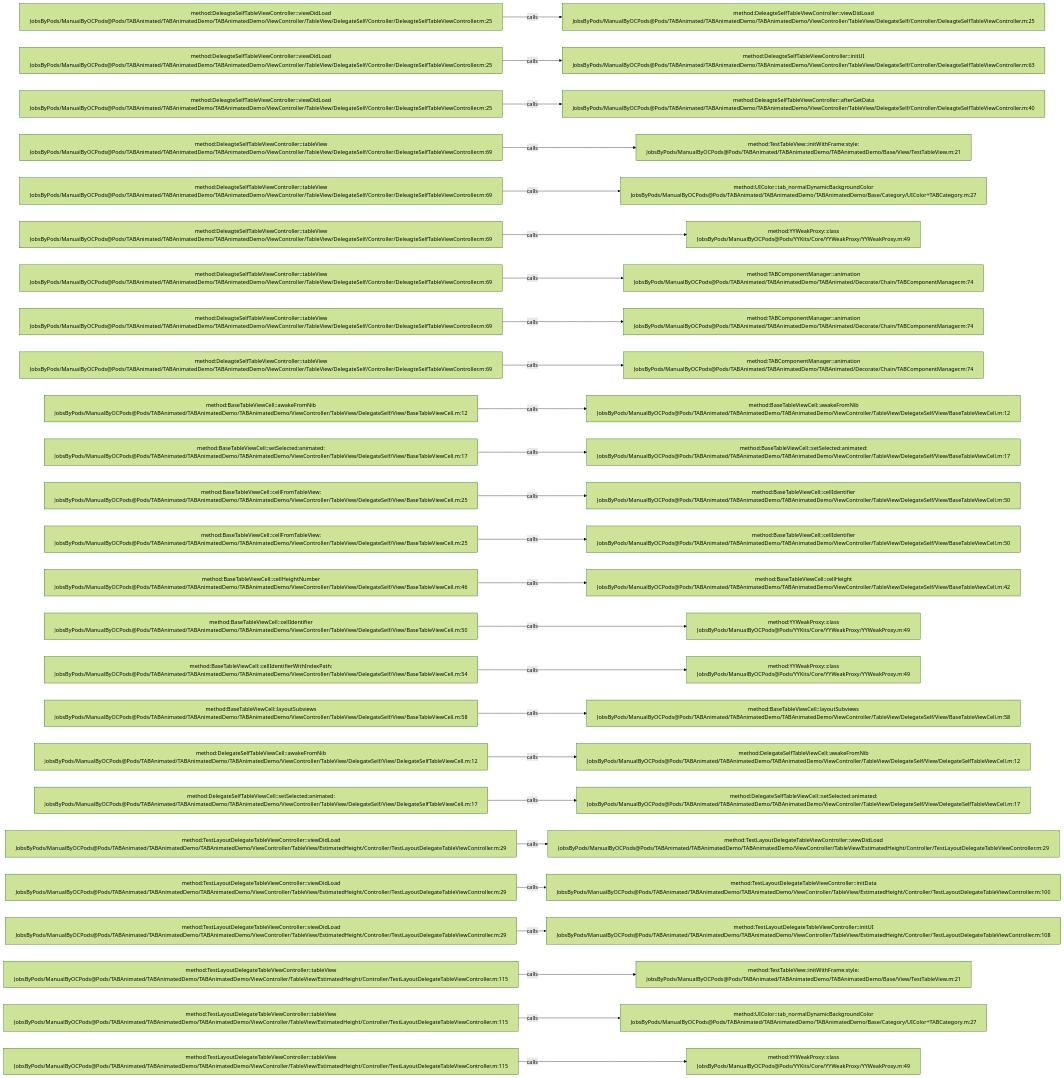
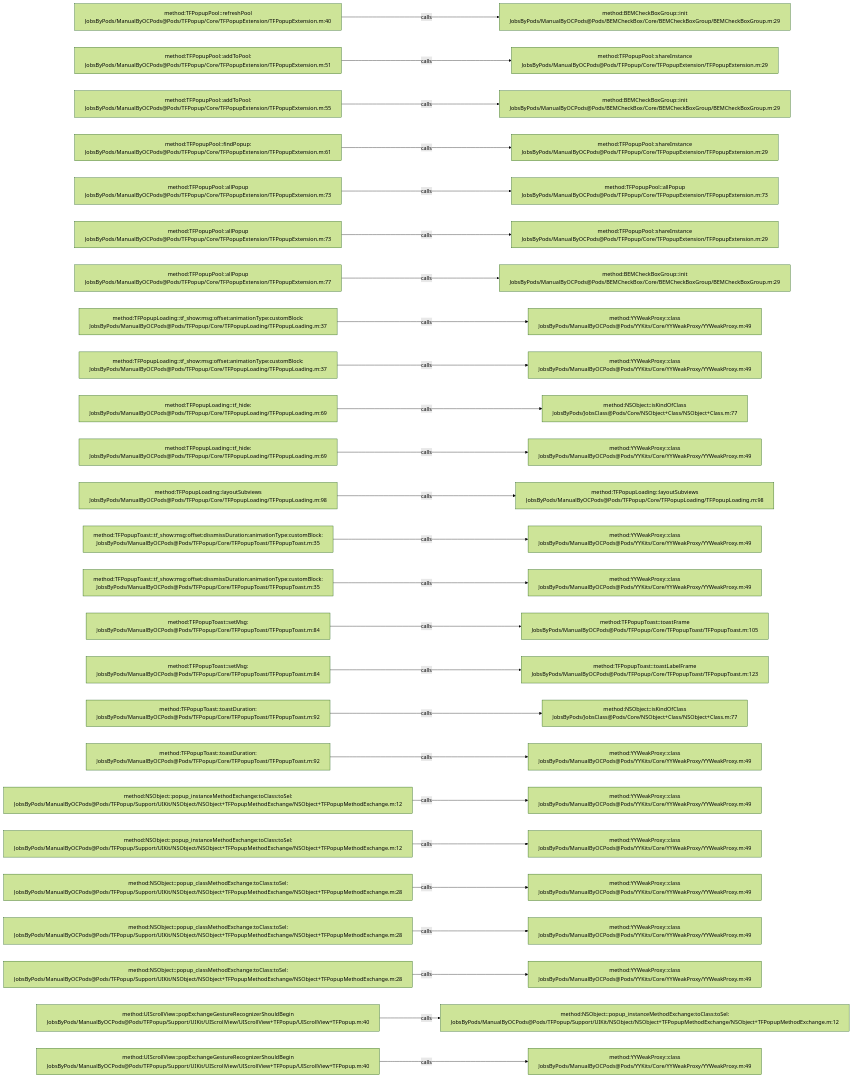
One commit to JobsKits/JobsOCBaseConfigDemo changed the diagram in .codegraph/codegraph.md/graphs/calls-061.md. Above: the diagram before and after it, drawn with Mermaid (forest theme). The commit also changed 1448 other files, not shown here.

````diff
--- a/.codegraph/codegraph.md/graphs/calls-061.md
+++ b/.codegraph/codegraph.md/graphs/calls-061.md
@@ -13,78 +13,78 @@
 ```mermaid
 flowchart LR
-  S1["method:DeleagteSelfTableViewController::viewDidLoad<br/>JobsByPods/ManualByOCPods@Pods/TABAnimated/TABAnimatedDemo/TABAnimatedDemo/ViewController/TableView/DelegateSelf/Controller/DeleagteSelfTableViewController.m:25"]
-  T1["method:DeleagteSelfTableViewController::viewDidLoad<br/>JobsByPods/ManualByOCPods@Pods/TABAnimated/TABAnimatedDemo/TABAnimatedDemo/ViewController/TableView/DelegateSelf/Controller/DeleagteSelfTableViewController.m:25"]
+  S1["method:TFPopupPool::refreshPool<br/>JobsByPods/ManualByOCPods@Pods/TFPopup/Core/TFPopupExtension/TFPopupExtension.m:40"]
+  T1["method:BEMCheckBoxGroup::init<br/>JobsByPods/ManualByOCPods@Pods/BEMCheckBox/Core/BEMCheckBoxGroup/BEMCheckBoxGroup.m:29"]
   S1 -->|calls| T1
-  S2["method:DeleagteSelfTableViewController::viewDidLoad<br/>JobsByPods/ManualByOCPods@Pods/TABAnimated/TABAnimatedDemo/TABAnimatedDemo/ViewController/TableView/DelegateSelf/Controller/DeleagteSelfTableViewController.m:25"]
-  T2["method:DeleagteSelfTableViewController::initUI<br/>JobsByPods/ManualByOCPods@Pods/TABAnimated/TABAnimatedDemo/TABAnimatedDemo/ViewController/TableView/DelegateSelf/Controller/DeleagteSelfTableViewController.m:63"]
+  S2["method:TFPopupPool::addToPool:<br/>JobsByPods/ManualByOCPods@Pods/TFPopup/Core/TFPopupExtension/TFPopupExtension.m:51"]
+  T2["method:TFPopupPool::shareInstance<br/>JobsByPods/ManualByOCPods@Pods/TFPopup/Core/TFPopupExtension/TFPopupExtension.m:29"]
   S2 -->|calls| T2
-  S3["method:DeleagteSelfTableViewController::viewDidLoad<br/>JobsByPods/ManualByOCPods@Pods/TABAnimated/TABAnimatedDemo/TABAnimatedDemo/ViewController/TableView/DelegateSelf/Controller/DeleagteSelfTableViewController.m:25"]
-  T3["method:DeleagteSelfTableViewController::afterGetData<br/>JobsByPods/ManualByOCPods@Pods/TABAnimated/TABAnimatedDemo/TABAnimatedDemo/ViewController/TableView/DelegateSelf/Controller/DeleagteSelfTableViewController.m:40"]
+  S3["method:TFPopupPool::addToPool:<br/>JobsByPods/ManualByOCPods@Pods/TFPopup/Core/TFPopupExtension/TFPopupExtension.m:55"]
+  T3["method:BEMCheckBoxGroup::init<br/>JobsByPods/ManualByOCPods@Pods/BEMCheckBox/Core/BEMCheckBoxGroup/BEMCheckBoxGroup.m:29"]
   S3 -->|calls| T3
-  S4["method:DeleagteSelfTableViewController::tableView<br/>JobsByPods/ManualByOCPods@Pods/TABAnimated/TABAnimatedDemo/TABAnimatedDemo/ViewController/TableView/DelegateSelf/Controller/DeleagteSelfTableViewController.m:69"]
-  T4["method:TestTableView::initWithFrame:style:<br/>JobsByPods/ManualByOCPods@Pods/TABAnimated/TABAnimatedDemo/TABAnimatedDemo/Base/View/TestTableView.m:21"]
+  S4["method:TFPopupPool::findPopup:<br/>JobsByPods/ManualByOCPods@Pods/TFPopup/Core/TFPopupExtension/TFPopupExtension.m:61"]
+  T4["method:TFPopupPool::shareInstance<br/>JobsByPods/ManualByOCPods@Pods/TFPopup/Core/TFPopupExtension/TFPopupExtension.m:29"]
   S4 -->|calls| T4
-  S5["method:DeleagteSelfTableViewController::tableView<br/>JobsByPods/ManualByOCPods@Pods/TABAnimated/TABAnimatedDemo/TABAnimatedDemo/ViewController/TableView/DelegateSelf/Controller/DeleagteSelfTableViewController.m:69"]
-  T5["method:UIColor::tab_normalDynamicBackgroundColor<br/>JobsByPods/ManualByOCPods@Pods/TABAnimated/TABAnimatedDemo/TABAnimatedDemo/Base/Category/UIColor+TABCategory.m:27"]
+  S5["method:TFPopupPool::allPopup<br/>JobsByPods/ManualByOCPods@Pods/TFPopup/Core/TFPopupExtension/TFPopupExtension.m:73"]
+  T5["method:TFPopupPool::allPopup<br/>JobsByPods/ManualByOCPods@Pods/TFPopup/Core/TFPopupExtension/TFPopupExtension.m:73"]
   S5 -->|calls| T5
-  S6["method:DeleagteSelfTableViewController::tableView<br/>JobsByPods/ManualByOCPods@Pods/TABAnimated/TABAnimatedDemo/TABAnimatedDemo/ViewController/TableView/DelegateSelf/Controller/DeleagteSelfTableViewController.m:69"]
-  T6["method:YYWeakProxy::class<br/>JobsByPods/ManualByOCPods@Pods/YYKits/Core/YYWeakProxy/YYWeakProxy.m:49"]
+  S6["method:TFPopupPool::allPopup<br/>JobsByPods/ManualByOCPods@Pods/TFPopup/Core/TFPopupExtension/TFPopupExtension.m:73"]
+  T6["method:TFPopupPool::shareInstance<br/>JobsByPods/ManualByOCPods@Pods/TFPopup/Core/TFPopupExtension/TFPopupExtension.m:29"]
   S6 -->|calls| T6
-  S7["method:DeleagteSelfTableViewController::tableView<br/>JobsByPods/ManualByOCPods@Pods/TABAnimated/TABAnimatedDemo/TABAnimatedDemo/ViewController/TableView/DelegateSelf/Controller/DeleagteSelfTableViewController.m:69"]
-  T7["method:TABComponentManager::animation<br/>JobsByPods/ManualByOCPods@Pods/TABAnimated/TABAnimatedDemo/TABAnimated/Decorate/Chain/TABComponentManager.m:74"]
+  S7["method:TFPopupPool::allPopup<br/>JobsByPods/ManualByOCPods@Pods/TFPopup/Core/TFPopupExtension/TFPopupExtension.m:77"]
+  T7["method:BEMCheckBoxGroup::init<br/>JobsByPods/ManualByOCPods@Pods/BEMCheckBox/Core/BEMCheckBoxGroup/BEMCheckBoxGroup.m:29"]
   S7 -->|calls| T7
-  S8["method:DeleagteSelfTableViewController::tableView<br/>JobsByPods/ManualByOCPods@Pods/TABAnimated/TABAnimatedDemo/TABAnimatedDemo/ViewController/TableView/DelegateSelf/Controller/DeleagteSelfTableViewController.m:69"]
-  T8["method:TABComponentManager::animation<br/>JobsByPods/ManualByOCPods@Pods/TABAnimated/TABAnimatedDemo/TABAnimated/Decorate/Chain/TABComponentManager.m:74"]
+  S8["method:TFPopupLoading::tf_show:msg:offset:animationType:customBlock:<br/>JobsByPods/ManualByOCPods@Pods/TFPopup/Core/TFPopupLoading/TFPopupLoading.m:37"]
+  T8["method:YYWeakProxy::class<br/>JobsByPods/ManualByOCPods@Pods/YYKits/Core/YYWeakProxy/YYWeakProxy.m:49"]
   S8 -->|calls| T8
-  S9["method:DeleagteSelfTableViewController::tableView<br/>JobsByPods/ManualByOCPods@Pods/TABAnimated/TABAnimatedDemo/TABAnimatedDemo/ViewController/TableView/DelegateSelf/Controller/DeleagteSelfTableViewController.m:69"]
-  T9["method:TABComponentManager::animation<br/>JobsByPods/ManualByOCPods@Pods/TABAnimated/TABAnimatedDemo/TABAnimated/Decorate/Chain/TABComponentManager.m:74"]
+  S9["method:TFPopupLoading::tf_show:msg:offset:animationType:customBlock:<br/>JobsByPods/ManualByOCPods@Pods/TFPopup/Core/TFPopupLoading/TFPopupLoading.m:37"]
+  T9["method:YYWeakProxy::class<br/>JobsByPods/ManualByOCPods@Pods/YYKits/Core/YYWeakProxy/YYWeakProxy.m:49"]
   S9 -->|calls| T9
-  S10["method:BaseTableViewCell::awakeFromNib<br/>JobsByPods/ManualByOCPods@Pods/TABAnimated/TABAnimatedDemo/TABAnimatedDemo/ViewController/TableView/DelegateSelf/View/BaseTableViewCell.m:12"]
-  T10["method:BaseTableViewCell::awakeFromNib<br/>JobsByPods/ManualByOCPods@Pods/TABAnimated/TABAnimatedDemo/TABAnimatedDemo/ViewController/TableView/DelegateSelf/View/BaseTableViewCell.m:12"]
+  S10["method:TFPopupLoading::tf_hide:<br/>JobsByPods/ManualByOCPods@Pods/TFPopup/Core/TFPopupLoading/TFPopupLoading.m:69"]
+  T10["method:NSObject::isKindOfClass<br/>JobsByPods/JobsClass@Pods/Core/NSObject+Class/NSObject+Class.m:77"]
   S10 -->|calls| T10
-  S11["method:BaseTableViewCell::setSelected:animated:<br/>JobsByPods/ManualByOCPods@Pods/TABAnimated/TABAnimatedDemo/TABAnimatedDemo/ViewController/TableView/DelegateSelf/View/BaseTableViewCell.m:17"]
-  T11["method:BaseTableViewCell::setSelected:animated:<br/>JobsByPods/ManualByOCPods@Pods/TABAnimated/TABAnimatedDemo/TABAnimatedDemo/ViewController/TableView/DelegateSelf/View/BaseTableViewCell.m:17"]
+  S11["method:TFPopupLoading::tf_hide:<br/>JobsByPods/ManualByOCPods@Pods/TFPopup/Core/TFPopupLoading/TFPopupLoading.m:69"]
+  T11["method:YYWeakProxy::class<br/>JobsByPods/ManualByOCPods@Pods/YYKits/Core/YYWeakProxy/YYWeakProxy.m:49"]
   S11 -->|calls| T11
-  S12["method:BaseTableViewCell::cellFromTableView:<br/>JobsByPods/ManualByOCPods@Pods/TABAnimated/TABAnimatedDemo/TABAnimatedDemo/ViewController/TableView/DelegateSelf/View/BaseTableViewCell.m:25"]
-  T12["method:BaseTableViewCell::cellIdentifier<br/>JobsByPods/ManualByOCPods@Pods/TABAnimated/TABAnimatedDemo/TABAnimatedDemo/ViewController/TableView/DelegateSelf/View/BaseTableViewCell.m:50"]
+  S12["method:TFPopupLoading::layoutSubviews<br/>JobsByPods/ManualByOCPods@Pods/TFPopup/Core/TFPopupLoading/TFPopupLoading.m:98"]
+  T12["method:TFPopupLoading::layoutSubviews<br/>JobsByPods/ManualByOCPods@Pods/TFPopup/Core/TFPopupLoading/TFPopupLoading.m:98"]
   S12 -->|calls| T12
-  S13["method:BaseTableViewCell::cellFromTableView:<br/>JobsByPods/ManualByOCPods@Pods/TABAnimated/TABAnimatedDemo/TABAnimatedDemo/ViewController/TableView/DelegateSelf/View/BaseTableViewCell.m:25"]
-  T13["method:BaseTableViewCell::cellIdentifier<br/>JobsByPods/ManualByOCPods@Pods/TABAnimated/TABAnimatedDemo/TABAnimatedDemo/ViewController/TableView/DelegateSelf/View/BaseTableViewCell.m:50"]
+  S13["method:TFPopupToast::tf_show:msg:offset:dissmissDuration:animationType:customBlock:<br/>JobsByPods/ManualByOCPods@Pods/TFPopup/Core/TFPopupToast/TFPopupToast.m:35"]
+  T13["method:YYWeakProxy::class<br/>JobsByPods/ManualByOCPods@Pods/YYKits/Core/YYWeakProxy/YYWeakProxy.m:49"]
   S13 -->|calls| T13
-  S14["method:BaseTableViewCell::cellHeightNumber<br/>JobsByPods/ManualByOCPods@Pods/TABAnimated/TABAnimatedDemo/TABAnimatedDemo/ViewController/TableView/DelegateSelf/View/BaseTableViewCell.m:46"]
-  T14["method:BaseTableViewCell::cellHeight<br/>JobsByPods/ManualByOCPods@Pods/TABAnimated/TABAnimatedDemo/TABAnimatedDemo/ViewController/TableView/DelegateSelf/View/BaseTableViewCell.m:42"]
+  S14["method:TFPopupToast::tf_show:msg:offset:dissmissDuration:animationType:customBlock:<br/>JobsByPods/ManualByOCPods@Pods/TFPopup/Core/TFPopupToast/TFPopupToast.m:35"]
+  T14["method:YYWeakProxy::class<br/>JobsByPods/ManualByOCPods@Pods/YYKits/Core/YYWeakProxy/YYWeakProxy.m:49"]
   S14 -->|calls| T14
-  S15["method:BaseTableViewCell::cellIdentifier<br/>JobsByPods/ManualByOCPods@Pods/TABAnimated/TABAnimatedDemo/TABAnimatedDemo/ViewController/TableView/DelegateSelf/View/BaseTableViewCell.m:50"]
-  T15["method:YYWeakProxy::class<br/>JobsByPods/ManualByOCPods@Pods/YYKits/Core/YYWeakProxy/YYWeakProxy.m:49"]
+  S15["method:TFPopupToast::setMsg:<br/>JobsByPods/ManualByOCPods@Pods/TFPopup/Core/TFPopupToast/TFPopupToast.m:84"]
+  T15["method:TFPopupToast::toastFrame<br/>JobsByPods/ManualByOCPods@Pods/TFPopup/Core/TFPopupToast/TFPopupToast.m:105"]
   S15 -->|calls| T15
-  S16["method:BaseTableViewCell::cellIdentifierWithIndexPath:<br/>JobsByPods/ManualByOCPods@Pods/TABAnimated/TABAnimatedDemo/TABAnimatedDemo/ViewController/TableView/DelegateSelf/View/BaseTableViewCell.m:54"]
-  T16["method:YYWeakProxy::class<br/>JobsByPods/ManualByOCPods@Pods/YYKits/Core/YYWeakProxy/YYWeakProxy.m:49"]
+  S16["method:TFPopupToast::setMsg:<br/>JobsByPods/ManualByOCPods@Pods/TFPopup/Core/TFPopupToast/TFPopupToast.m:84"]
+  T16["method:TFPopupToast::toastLabelFrame<br/>JobsByPods/ManualByOCPods@Pods/TFPopup/Core/TFPopupToast/TFPopupToast.m:123"]
   S16 -->|calls| T16
-  S17["method:BaseTableViewCell::layoutSubviews<br/>JobsByPods/ManualByOCPods@Pods/TABAnimated/TABAnimatedDemo/TABAnimatedDemo/ViewController/TableView/DelegateSelf/View/BaseTableViewCell.m:58"]
-  T17["method:BaseTableViewCell::layoutSubviews<br/>JobsByPods/ManualByOCPods@Pods/TABAnimated/TABAnimatedDemo/TABAnimatedDemo/ViewController/TableView/DelegateSelf/View/BaseTableViewCell.m:58"]
+  S17["method:TFPopupToast::toastDuration:<br/>JobsByPods/ManualByOCPods@Pods/TFPopup/Core/TFPopupToast/TFPopupToast.m:92"]
+  T17["method:NSObject::isKindOfClass<br/>JobsByPods/JobsClass@Pods/Core/NSObject+Class/NSObject+Class.m:77"]
   S17 -->|calls| T17
-  S18["method:DelegateSelfTableViewCell::awakeFromNib<br/>JobsByPods/ManualByOCPods@Pods/TABAnimated/TABAnimatedDemo/TABAnimatedDemo/ViewController/TableView/DelegateSelf/View/DelegateSelfTableViewCell.m:12"]
-  T18["method:DelegateSelfTableViewCell::awakeFromNib<br/>JobsByPods/ManualByOCPods@Pods/TABAnimated/TABAnimatedDemo/TABAnimatedDemo/ViewController/TableView/DelegateSelf/View/DelegateSelfTableViewCell.m:12"]
+  S18["method:TFPopupToast::toastDuration:<br/>JobsByPods/ManualByOCPods@Pods/TFPopup/Core/TFPopupToast/TFPopupToast.m:92"]
+  T18["method:YYWeakProxy::class<br/>JobsByPods/ManualByOCPods@Pods/YYKits/Core/YYWeakProxy/YYWeakProxy.m:49"]
   S18 -->|calls| T18
-  S19["method:DelegateSelfTableViewCell::setSelected:animated:<br/>JobsByPods/ManualByOCPods@Pods/TABAnimated/TABAnimatedDemo/TABAnimatedDemo/ViewController/TableView/DelegateSelf/View/DelegateSelfTableViewCell.m:17"]
-  T19["method:DelegateSelfTableViewCell::setSelected:animated:<br/>JobsByPods/ManualByOCPods@Pods/TABAnimated/TABAnimatedDemo/TABAnimatedDemo/ViewController/TableView/DelegateSelf/View/DelegateSelfTableViewCell.m:17"]
+  S19["method:NSObject::popup_instanceMethodExchange:toClass:toSel:<br/>JobsByPods/ManualByOCPods@Pods/TFPopup/Support/UIKit/NSObject/NSObject+TFPopupMethodExchange/NSObject+TFPopupMethodExchange.m:12"]
+  T19["method:YYWeakProxy::class<br/>JobsByPods/ManualByOCPods@Pods/YYKits/Core/YYWeakProxy/YYWeakProxy.m:49"]
   S19 -->|calls| T19
-  S20["method:TestLayoutDelegateTableViewController::viewDidLoad<br/>JobsByPods/ManualByOCPods@Pods/TABAnimated/TABAnimatedDemo/TABAnimatedDemo/ViewController/TableView/EstimatedHeight/Controller/TestLayoutDelegateTableViewController.m:29"]
-  T20["method:TestLayoutDelegateTableViewController::viewDidLoad<br/>JobsByPods/ManualByOCPods@Pods/TABAnimated/TABAnimatedDemo/TABAnimatedDemo/ViewController/TableView/EstimatedHeight/Controller/TestLayoutDelegateTableViewController.m:29"]
+  S20["method:NSObject::popup_instanceMethodExchange:toClass:toSel:<br/>JobsByPods/ManualByOCPods@Pods/TFPopup/Support/UIKit/NSObject/NSObject+TFPopupMethodExchange/NSObject+TFPopupMethodExchange.m:12"]
+  T20["method:YYWeakProxy::class<br/>JobsByPods/ManualByOCPods@Pods/YYKits/Core/YYWeakProxy/YYWeakProxy.m:49"]
   S20 -->|calls| T20
-  S21["method:TestLayoutDelegateTableViewController::viewDidLoad<br/>JobsByPods/ManualByOCPods@Pods/TABAnimated/TABAnimatedDemo/TABAnimatedDemo/ViewController/TableView/EstimatedHeight/Controller/TestLayoutDelegateTableViewController.m:29"]
-  T21["method:TestLayoutDelegateTableViewController::initData<br/>JobsByPods/ManualByOCPods@Pods/TABAnimated/TABAnimatedDemo/TABAnimatedDemo/ViewController/TableView/EstimatedHeight/Controller/TestLayoutDelegateTableViewController.m:100"]
+  S21["method:NSObject::popup_classMethodExchange:toClass:toSel:<br/>JobsByPods/ManualByOCPods@Pods/TFPopup/Support/UIKit/NSObject/NSObject+TFPopupMethodExchange/NSObject+TFPopupMethodExchange.m:28"]
+  T21["method:YYWeakProxy::class<br/>JobsByPods/ManualByOCPods@Pods/YYKits/Core/YYWeakProxy/YYWeakProxy.m:49"]
   S21 -->|calls| T21
-  S22["method:TestLayoutDelegateTableViewController::viewDidLoad<br/>JobsByPods/ManualByOCPods@Pods/TABAnimated/TABAnimatedDemo/TABAnimatedDemo/ViewController/TableView/EstimatedHeight/Controller/TestLayoutDelegateTableViewController.m:29"]
-  T22["method:TestLayoutDelegateTableViewController::initUI<br/>JobsByPods/ManualByOCPods@Pods/TABAnimated/TABAnimatedDemo/TABAnimatedDemo/ViewController/TableView/EstimatedHeight/Controller/TestLayoutDelegateTableViewController.m:108"]
+  S22["method:NSObject::popup_classMethodExchange:toClass:toSel:<br/>JobsByPods/ManualByOCPods@Pods/TFPopup/Support/UIKit/NSObject/NSObject+TFPopupMethodExchange/NSObject+TFPopupMethodExchange.m:28"]
+  T22["method:YYWeakProxy::class<br/>JobsByPods/ManualByOCPods@Pods/YYKits/Core/YYWeakProxy/YYWeakProxy.m:49"]
   S22 -->|calls| T22
-  S23["method:TestLayoutDelegateTableViewController::tableView<br/>JobsByPods/ManualByOCPods@Pods/TABAnimated/TABAnimatedDemo/TABAnimatedDemo/ViewController/TableView/EstimatedHeight/Controller/TestLayoutDelegateTableViewController.m:115"]
-  T23["method:TestTableView::initWithFrame:style:<br/>JobsByPods/ManualByOCPods@Pods/TABAnimated/TABAnimatedDemo/TABAnimatedDemo/Base/View/TestTableView.m:21"]
+  S23["method:NSObject::popup_classMethodExchange:toClass:toSel:<br/>JobsByPods/ManualByOCPods@Pods/TFPopup/Support/UIKit/NSObject/NSObject+TFPopupMethodExchange/NSObject+TFPopupMethodExchange.m:28"]
+  T23["method:YYWeakProxy::class<br/>JobsByPods/ManualByOCPods@Pods/YYKits/Core/YYWeakProxy/YYWeakProxy.m:49"]
   S23 -->|calls| T23
-  S24["method:TestLayoutDelegateTableViewController::tableView<br/>JobsByPods/ManualByOCPods@Pods/TABAnimated/TABAnimatedDemo/TABAnimatedDemo/ViewController/TableView/EstimatedHeight/Controller/TestLayoutDelegateTableViewController.m:115"]
-  T24["method:UIColor::tab_normalDynamicBackgroundColor<br/>JobsByPods/ManualByOCPods@Pods/TABAnimated/TABAnimatedDemo/TABAnimatedDemo/Base/Category/UIColor+TABCategory.m:27"]
+  S24["method:UIScrollView::popExchangeGestureRecognizerShouldBegin<br/>JobsByPods/ManualByOCPods@Pods/TFPopup/Support/UIKit/UIScrollView/UIScrollView+TFPopup/UIScrollView+TFPopup.m:40"]
+  T24["method:NSObject::popup_instanceMethodExchange:toClass:toSel:<br/>JobsByPods/ManualByOCPods@Pods/TFPopup/Support/UIKit/NSObject/NSObject+TFPopupMethodExchange/NSObject+TFPopupMethodExchange.m:12"]
   S24 -->|calls| T24
-  S25["method:TestLayoutDelegateTableViewController::tableView<br/>JobsByPods/ManualByOCPods@Pods/TABAnimated/TABAnimatedDemo/TABAnimatedDemo/ViewController/TableView/EstimatedHeight/Controller/TestLayoutDelegateTableViewController.m:115"]
+  S25["method:UIScrollView::popExchangeGestureRecognizerShouldBegin<br/>JobsByPods/ManualByOCPods@Pods/TFPopup/Support/UIKit/UIScrollView/UIScrollView+TFPopup/UIScrollView+TFPopup.m:40"]
   T25["method:YYWeakProxy::class<br/>JobsByPods/ManualByOCPods@Pods/YYKits/Core/YYWeakProxy/YYWeakProxy.m:49"]
   S25 -->|calls| T25
 ```
````
